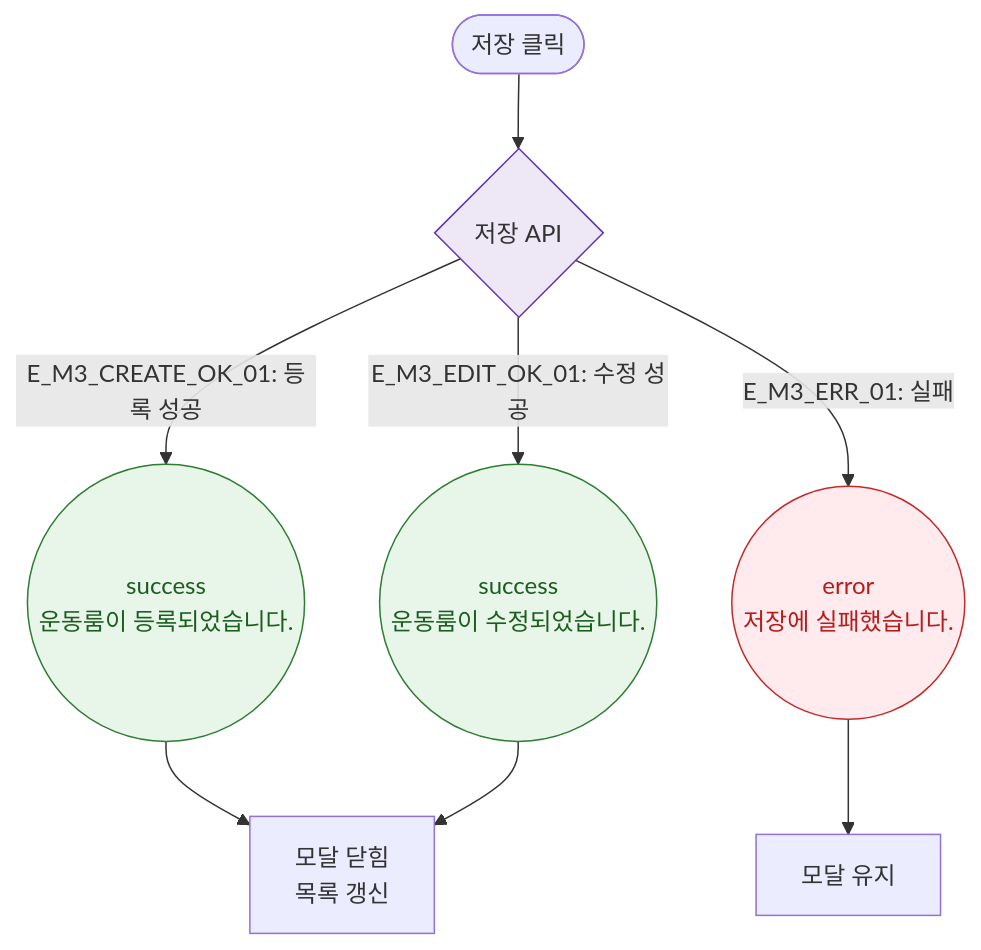
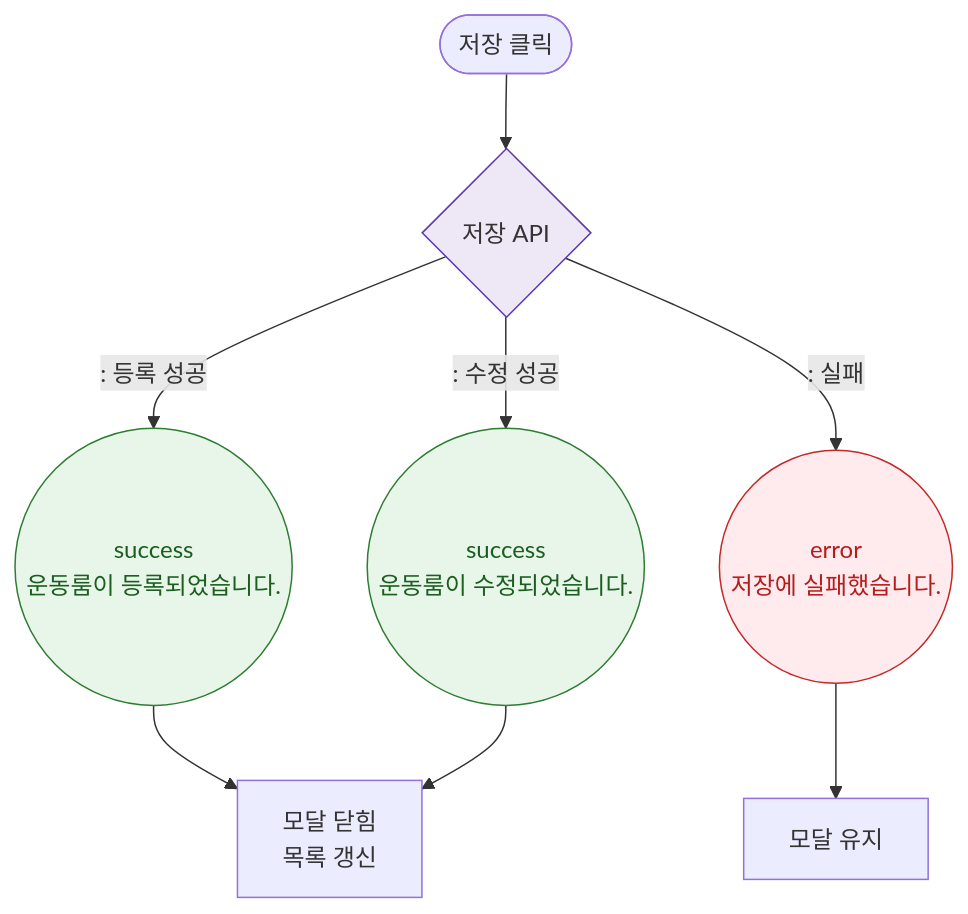
Before and after one commit to dev-spogym/admin-pando: the diagram in docs/다이어그램/D06_시설관리/DLG/DLG-053-001_룸등록수정/M3_결과분기.md, drawn with Mermaid. The commit also changed other lines of this file and 1660 other files, not shown here.

First line of the commit message:
다이어그램: 기획자/클라이언트 납품본으로 정리

````diff
--- a/docs/다이어그램/D06_시설관리/DLG/DLG-053-001_룸등록수정/M3_결과분기.md
+++ b/docs/다이어그램/D06_시설관리/DLG/DLG-053-001_룸등록수정/M3_결과분기.md
@@ -16,16 +14,16 @@
 ```mermaid
 flowchart TD
     ACTION([저장 클릭]) --> SaveAPI{저장 API}
-    SaveAPI -->|"E_M3_CREATE_OK_01: 등록 성공"| CreateToast((success\n운동룸이 등록되었습니다.))
-    SaveAPI -->|"E_M3_EDIT_OK_01: 수정 성공"| EditToast((success\n운동룸이 수정되었습니다.))
-    SaveAPI -->|"E_M3_ERR_01: 실패"| ErrToast((error\n저장에 실패했습니다.))
+    SaveAPI -->|": 등록 성공"|CreateToast((success\n운동룸이 등록되었습니다.))
+    SaveAPI -->|": 수정 성공"|EditToast((success\n운동룸이 수정되었습니다.))
+    SaveAPI -->|": 실패"|ErrToast((error\n저장에 실패했습니다.))
     CreateToast & EditToast --> CLOSE[모달 닫힘\n목록 갱신]
     ErrToast --> STAY[모달 유지]
 
     classDef success fill:#E8F5E9,stroke:#2E7D32,color:#1B5E20
     classDef error fill:#FFEBEE,stroke:#C62828,color:#B71C1C
     classDef system fill:#EDE7F6,stroke:#5E35B2
     class CreateToast,EditToast success
     class ErrToast error
     class SaveAPI system
 ```
````
